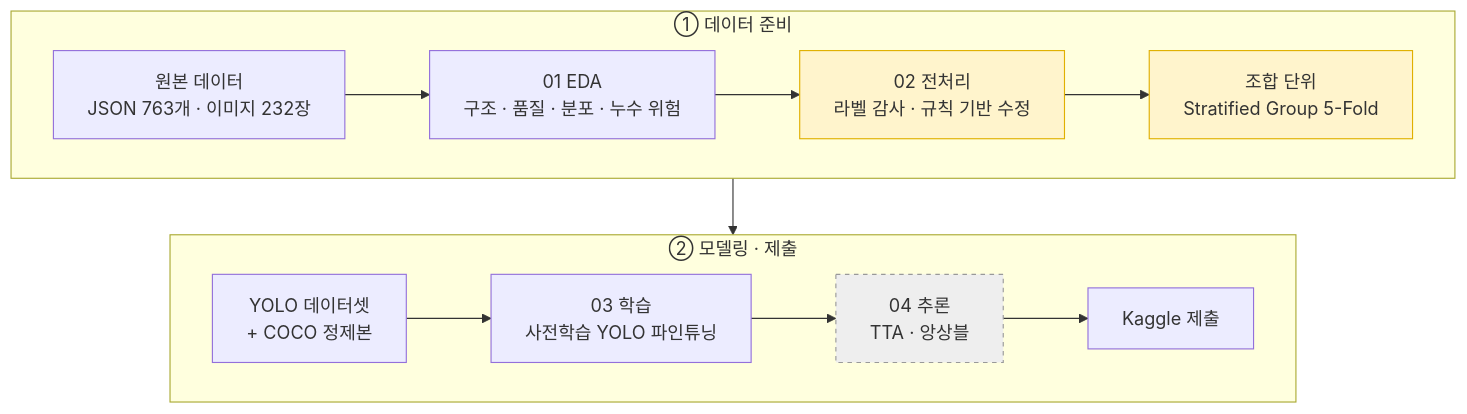
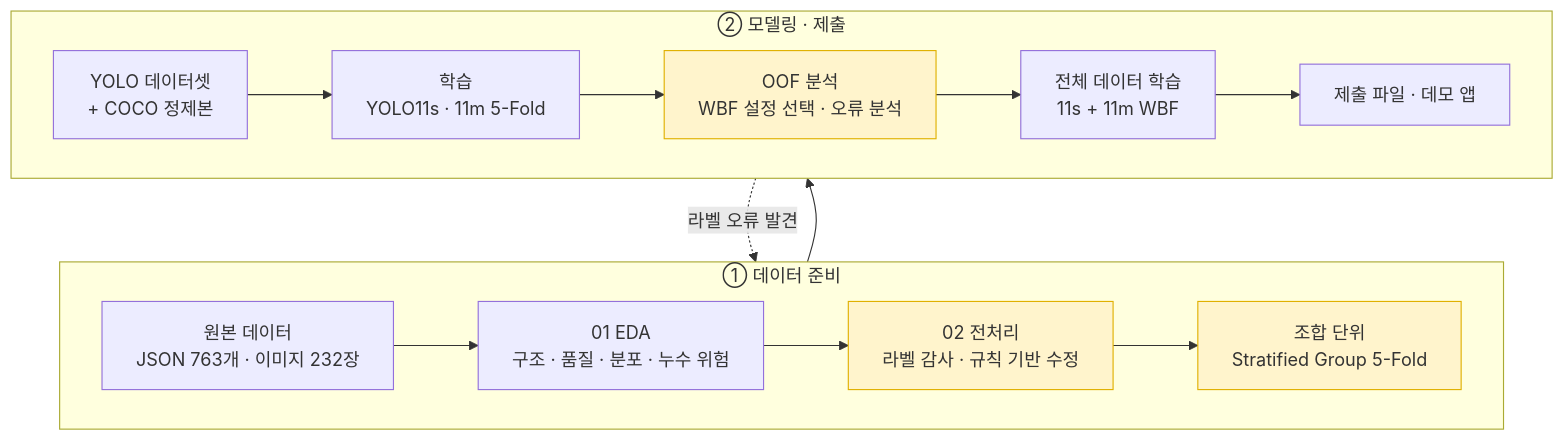
Before and after one commit to lee-da-gyo/ai-project-01-pill-detection: the diagram in README.md, drawn with Mermaid. The commit also changed other lines of this file and 188 other files, not shown here.

First line of the commit message:
라벨 수정 후 5-Fold·최종 모델 재학습, 학습률·TTA 실험, 데모 앱, 보고서 완성

````diff
--- a/README.md
+++ b/README.md
@@ -92,20 +92,22 @@
 ```mermaid
 flowchart TB
     subgraph S1 [" ① 데이터 준비 "]
         direction LR
         A[원본 데이터<br/>JSON 763개 · 이미지 232장] --> B[01 EDA<br/>구조 · 품질 · 분포 · 누수 위험]
         B --> C[02 전처리<br/>라벨 감사 · 규칙 기반 수정]
         C --> D[조합 단위<br/>Stratified Group 5-Fold]
     end
     subgraph S2 [" ② 모델링 · 제출 "]
         direction LR
-        E[YOLO 데이터셋<br/>+ COCO 정제본] --> F[03 학습<br/>사전학습 YOLO 파인튜닝]
-        F --> G[04 추론<br/>TTA · 앙상블]
-        G --> H[Kaggle 제출]
+        E[YOLO 데이터셋<br/>+ COCO 정제본] --> F[학습<br/>YOLO11s · 11m 5-Fold]
+        F --> G[OOF 분석<br/>WBF 설정 선택 · 오류 분석]
+        G --> H[전체 데이터 학습<br/>11s + 11m WBF]
+        H --> I[제출 파일 · 데모 앱]
     end
+    G -.라벨 오류 발견.-> C
     S1 --> S2
 
     style C fill:#FFF4CC,stroke:#E0B000
     style D fill:#FFF4CC,stroke:#E0B000
-    style G fill:#EEEEEE,stroke:#999999,stroke-dasharray: 4 4
+    style G fill:#FFF4CC,stroke:#E0B000
 ```
````
